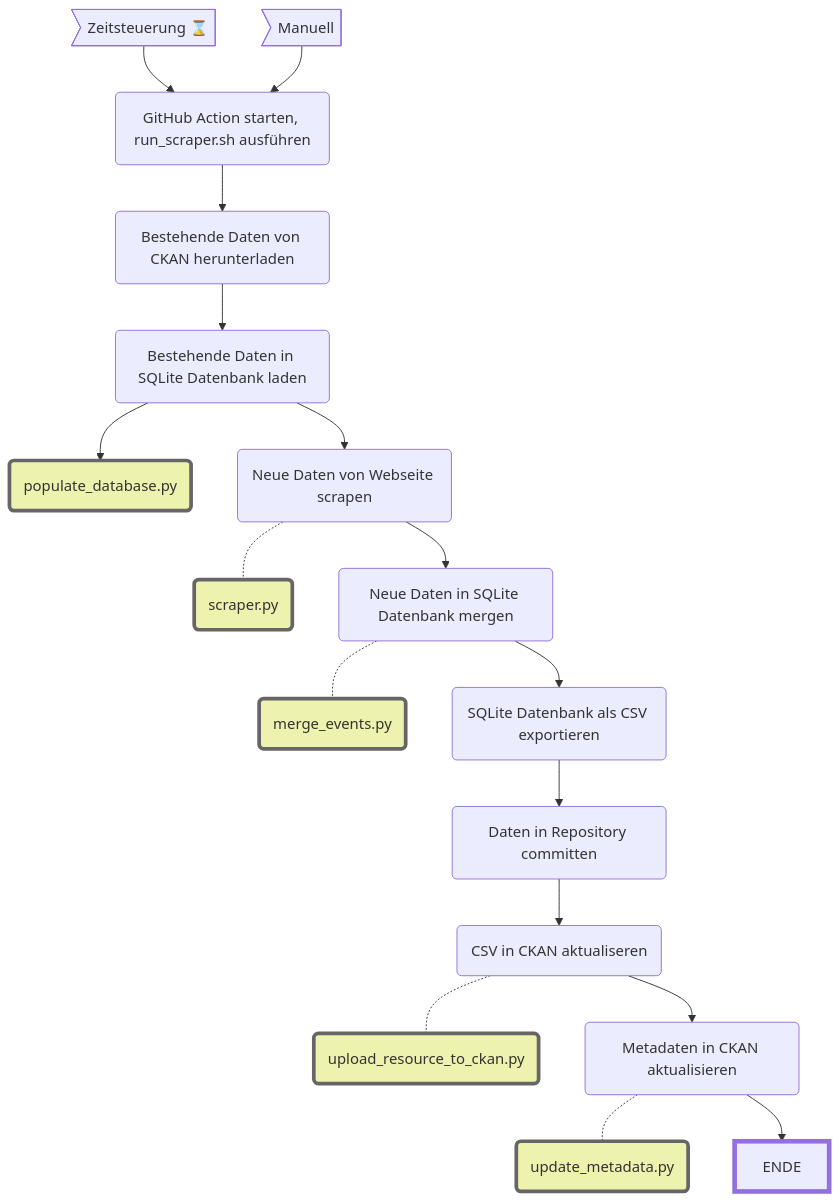
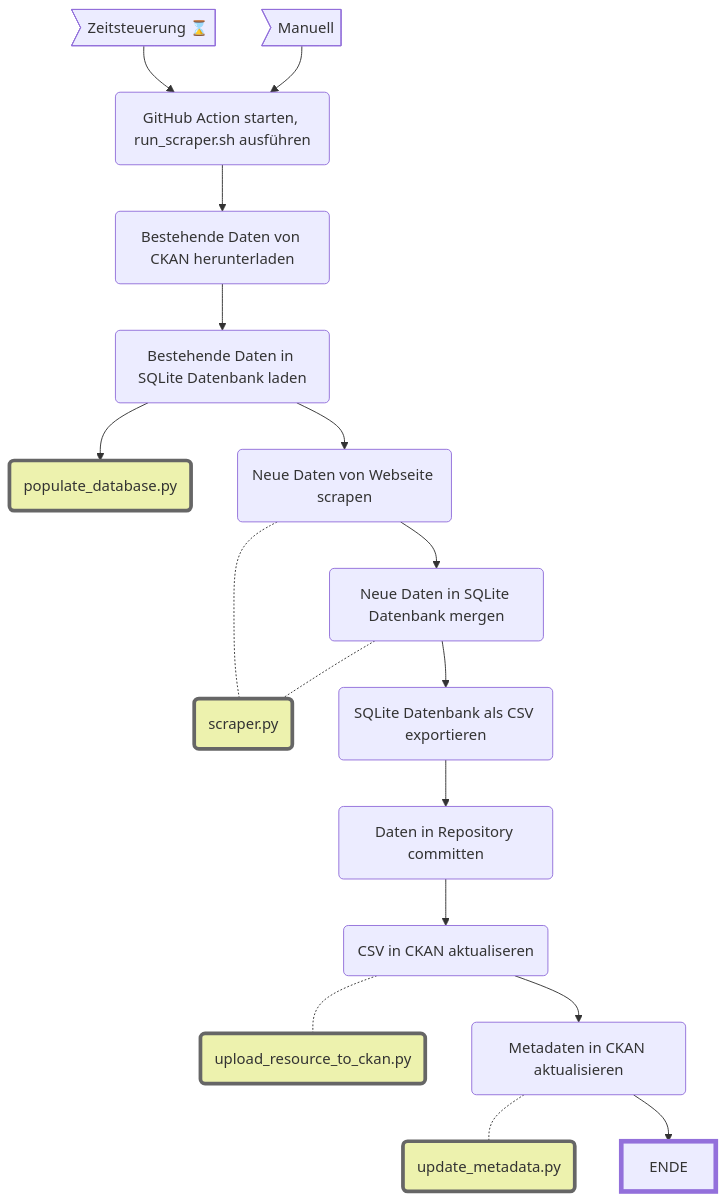
One commit to opendatazurich/opendatazurich.github.io changed the diagram in automation/stimmbeteiligung/README.md. Above: the diagram before and after it, drawn with Mermaid.

````diff
--- a/automation/stimmbeteiligung/README.md
+++ b/automation/stimmbeteiligung/README.md
@@ -16,24 +16,24 @@
 ```mermaid
 flowchart TB
     Zeit>"Zeitsteuerung ⌛️"]
     Manuell>"Manuell"]
     Start(GitHub Action starten, run_scraper.sh ausführen)
     Zeit --> Start
     Manuell --> Start
     Start --> DatenVonCKAN(Bestehende Daten von CKAN herunterladen)
     DatenVonCKAN --> DatenInDB(Bestehende Daten in SQLite Datenbank laden)
     DatenInDB --> populate(populate_database.py):::script
     DatenInDB --> Scraper(Neue Daten von Webseite scrapen)
     Scraper -.- scrape(scraper.py):::script
     Scraper --> Merge(Neue Daten in SQLite Datenbank mergen)
-    Merge -.- merge(merge_events.py):::script
+    Merge -.- scrape:::script
     Merge --> Export(SQLite Datenbank als CSV exportieren)
     Export --> Commit(Daten in Repository committen)
     Commit --> DataUpdate(CSV in CKAN aktualiseren)
     DataUpdate -.- upload(upload_resource_to_ckan.py):::script
     DataUpdate --> MetadataUpdate(Metadaten in CKAN aktualisieren)
     MetadataUpdate -.- updatemetadata(update_metadata.py):::script
     MetadataUpdate --> ENDE
     style ENDE stroke-width:5px
     classDef script fill:#EDF2AE,stroke:#666,stroke-width:4px
 ```
````
